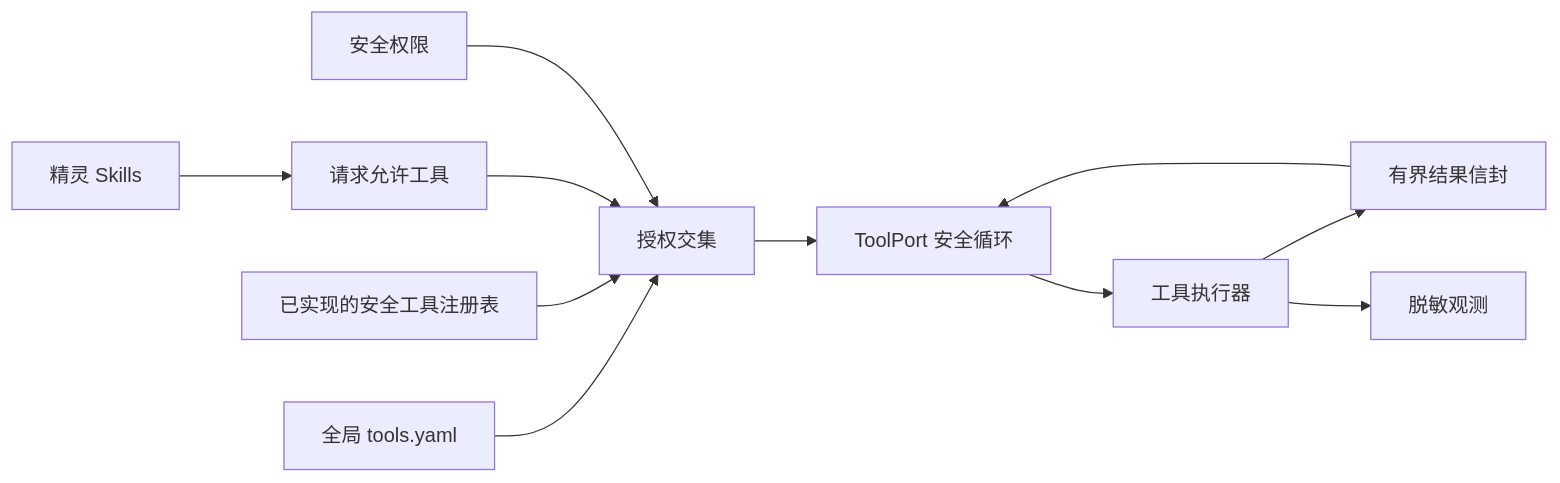
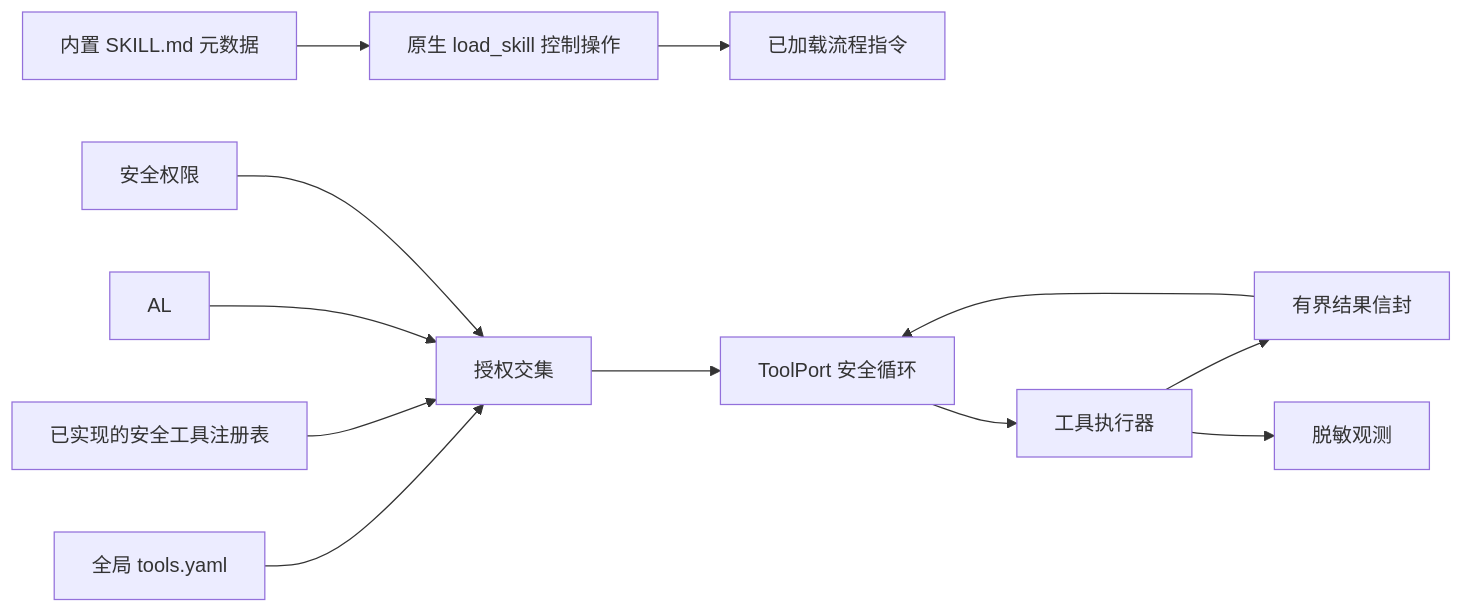
One commit to elfie-univ/ElfieNest changed the second of 2 diagrams in docs/zh/developer/contracts/model-food-tool-behavior.md. Above: the diagram before and after it, drawn with Mermaid. The commit also changed other lines of this file and 94 other files, not shown here.

````diff
--- a/docs/zh/developer/contracts/model-food-tool-behavior.md
+++ b/docs/zh/developer/contracts/model-food-tool-behavior.md
@@ -483,13 +483,14 @@
 ```mermaid
 flowchart LR
-  SK["精灵 Skills"] --> AL["请求允许工具"]
+  SK["内置 SKILL.md 元数据"] --> SL["原生 load_skill 控制操作"]
+  SL --> SO["已加载流程指令"]
   GC["全局 tools.yaml"] --> IX["授权交集"]
   IR["已实现的安全工具注册表"] --> IX
   AL --> IX
   PM["安全权限"] --> IX
   IX --> TL["ToolPort 安全循环"]
   TL --> EX["工具执行器"]
   EX --> BD["有界结果信封"]
   BD --> TL
   EX --> OB["脱敏观测"]
 ```
````
